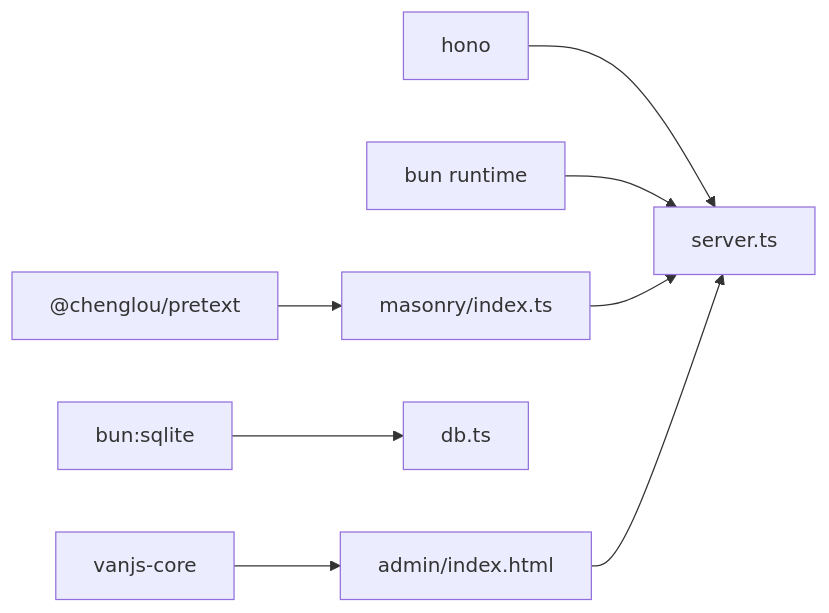
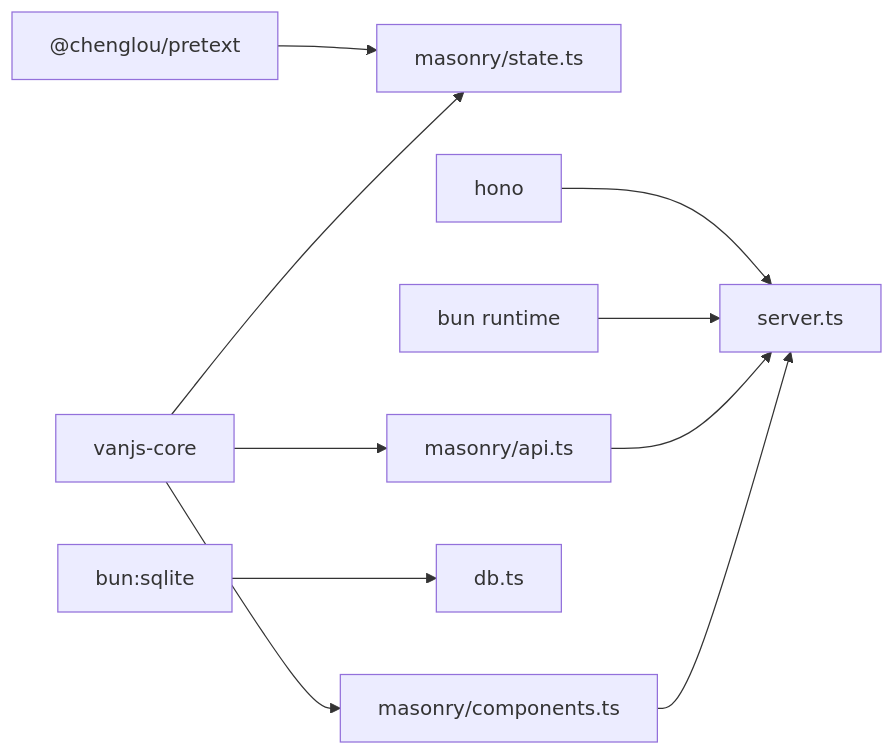
Before and after one commit to BlackBoxRecorder/memos: diagram 14 of 14 in .qoder/repowiki/zh/content/核心功能/瀑布流展示系统.md, drawn with Mermaid. The commit also changed other lines of this file and 10 other files, not shown here.

````diff
--- a/.qoder/repowiki/zh/content/核心功能/瀑布流展示系统.md
+++ b/.qoder/repowiki/zh/content/核心功能/瀑布流展示系统.md
@@ -456,10 +542,12 @@
 ```mermaid
 graph LR
-Pretext["@chenglou/pretext"] --> Masonry["masonry/index.ts"]
-VanJS["vanjs-core"] --> Admin["admin/index.html"]
+Pretext["@chenglou/pretext"] --> State["masonry/state.ts"]
+VanJS["vanjs-core"] --> Components["masonry/components.ts"]
+VanJS --> State
+VanJS --> API["masonry/api.ts"]
 Hono["hono"] --> Server["server.ts"]
 SQLite["bun:sqlite"] --> DB["db.ts"]
 Bun["bun runtime"] --> Server
-Masonry --> Server
-Admin --> Server
+API --> Server
+Components --> Server
 ```
````
